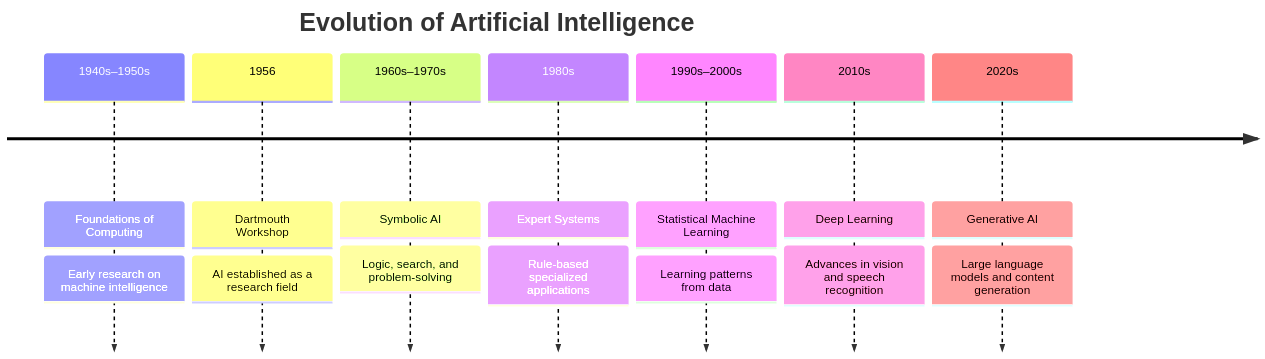
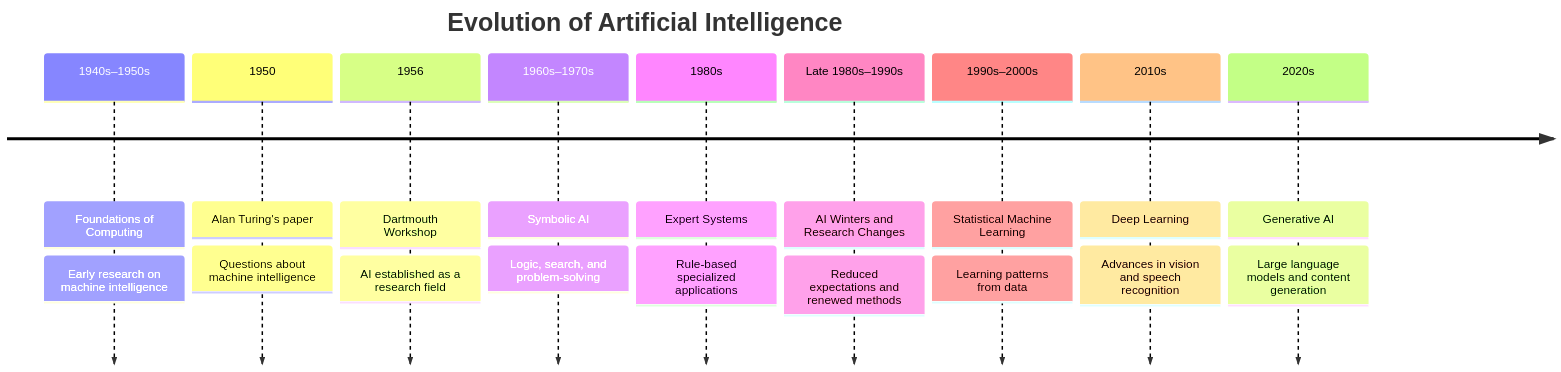
The second of 6 diagrams in content/01_introduction-to-ai.md (NicolausLionel/SLN), drawn with Mermaid before and after one commit. The commit also changed other lines of this file, not shown here.

````diff
--- a/content/01_introduction-to-ai.md
+++ b/content/01_introduction-to-ai.md
@@ -66,18 +200,22 @@
 ```mermaid
 timeline
     title Evolution of Artificial Intelligence
     1940s–1950s : Foundations of Computing
                 : Early research on machine intelligence
+    1950 : Alan Turing's paper
+         : Questions about machine intelligence
     1956 : Dartmouth Workshop
          : AI established as a research field
     1960s–1970s : Symbolic AI
                 : Logic, search, and problem-solving
     1980s : Expert Systems
           : Rule-based specialized applications
+    Late 1980s–1990s : AI Winters and Research Changes
+                    : Reduced expectations and renewed methods
     1990s–2000s : Statistical Machine Learning
                 : Learning patterns from data
     2010s : Deep Learning
           : Advances in vision and speech recognition
     2020s : Generative AI
           : Large language models and content generation
 ```
````
